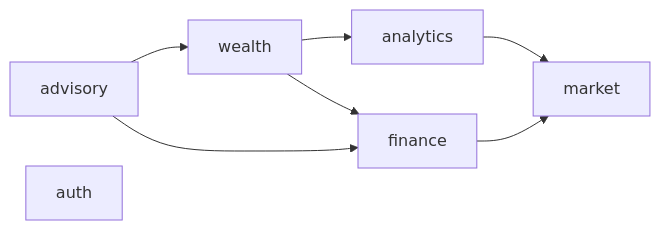
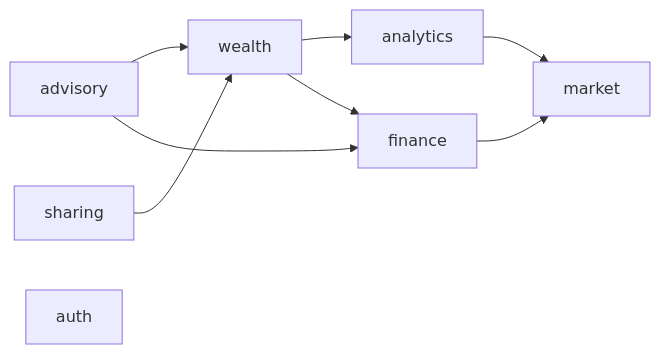
Before and after one commit to Nikhil-Mundhra/Wealth-Advisor: the diagram in backend/docs/module-dependencies.md, drawn with Mermaid. The commit also changed other lines of this file and 27 other files, not shown here.

````diff
--- a/backend/docs/module-dependencies.md
+++ b/backend/docs/module-dependencies.md
@@ -6,10 +6,11 @@
 ```mermaid
 flowchart LR
   advisory --> wealth
   advisory --> finance
+  sharing --> wealth
   wealth --> analytics
   wealth --> finance
   analytics --> market
   finance --> market
   auth
 ```
````
